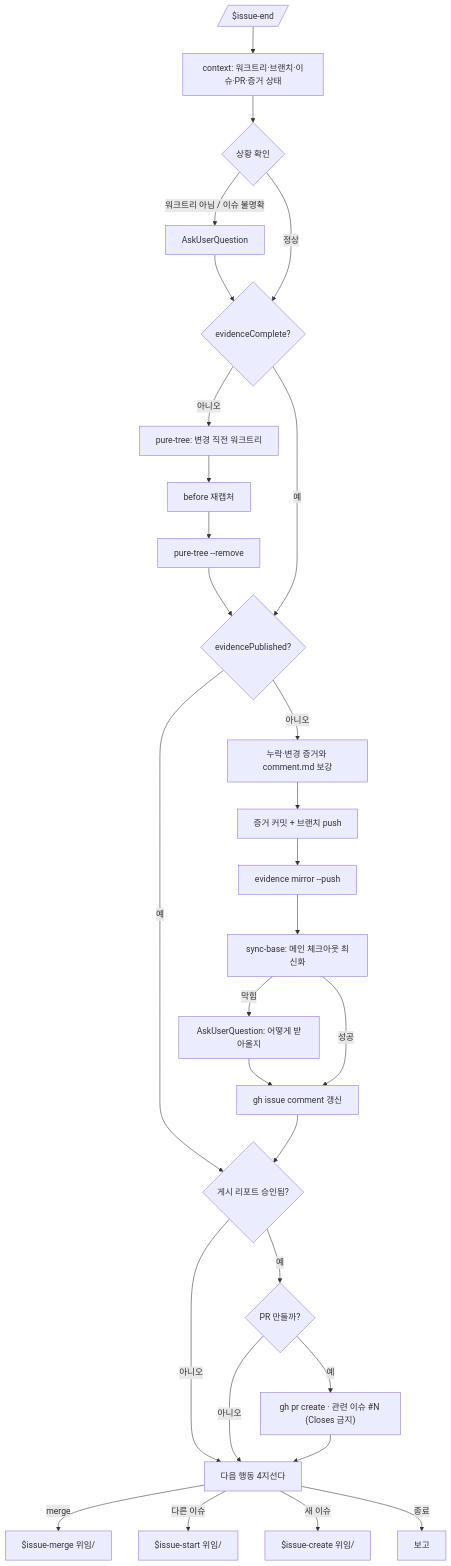
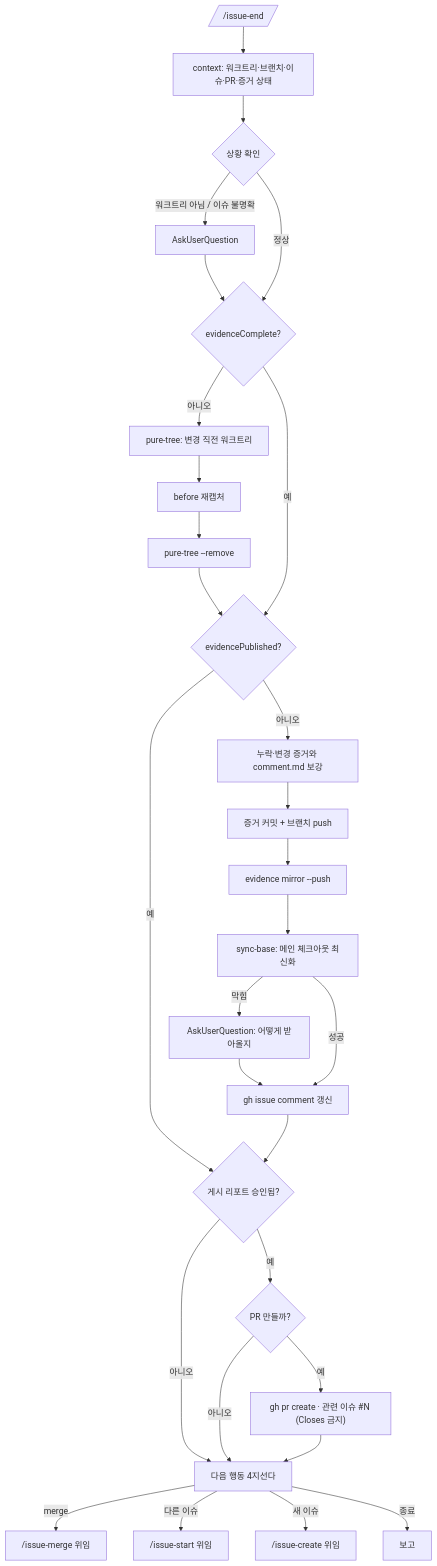
One commit to Mineru98/samsara changed the diagram in skills/issue-end/SKILL.md. Above: the diagram before and after it, drawn with Mermaid. The commit also changed other lines of this file and 26 other files, not shown here.

````diff
--- a/skills/issue-end/SKILL.md
+++ b/skills/issue-end/SKILL.md
@@ -141,29 +141,29 @@
 ```mermaid
 flowchart TD
-    A[/"$issue-end"/] --> B[context: 워크트리·브랜치·이슈·PR·증거 상태]
+    A[/"/issue-end"/] --> B[context: 워크트리·브랜치·이슈·PR·증거 상태]
     B --> C{상황 확인}
     C -- 워크트리 아님 / 이슈 불명확 --> C1[AskUserQuestion] --> D
     C -- 정상 --> D{evidenceComplete?}
 
     D -- 아니오 --> E1[pure-tree: 변경 직전 워크트리]
     E1 --> E2[before 재캡처] --> E3[pure-tree --remove] --> F
     D -- 예 --> F{evidencePublished?}
 
     F -- 아니오 --> G[누락·변경 증거와 comment.md 보강]
     G --> H[증거 커밋 + 브랜치 push]
     H --> I[evidence mirror --push]
     I --> I1[sync-base: 메인 체크아웃 최신화]
     I1 -- 막힘 --> I2[AskUserQuestion: 어떻게 받아올지] --> J
     I1 -- 성공 --> J[gh issue comment 갱신]
     F -- 예 --> K{게시 리포트 승인됨?}
     J --> K
     K -- 아니오 --> N
     K -- 예 --> L{PR 만들까?}
     L -- 예 --> M["gh pr create · 관련 이슈 #N (Closes 금지)"]
     L -- 아니오 --> N
     M --> N[다음 행동 4지선다]
-    N -->|merge| O[$issue-merge 위임/]
-    N -->|다른 이슈| P[$issue-start 위임/]
-    N -->|새 이슈| Q[$issue-create 위임/]
+    N -->|merge| O["/issue-merge 위임"]
+    N -->|다른 이슈| P["/issue-start 위임"]
+    N -->|새 이슈| Q["/issue-create 위임"]
     N -->|종료| R[보고]
 ```
````
